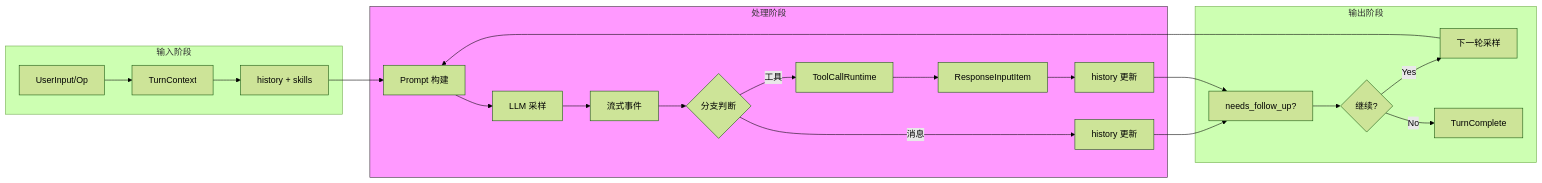
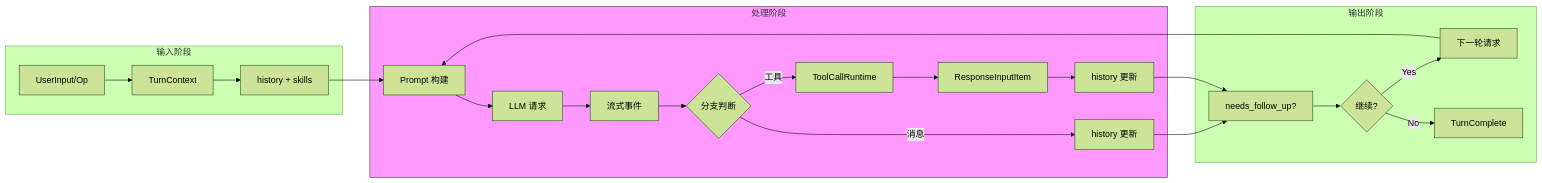
Before and after one commit to giraffe-tree/agent-base: the tenth of 12 diagrams in docs/codex/04-codex-agent-loop.md, drawn with Mermaid (forest theme). The commit also changed other lines of this file and 2 other files, not shown here.

````diff
--- a/docs/codex/04-codex-agent-loop.md
+++ b/docs/codex/04-codex-agent-loop.md
@@ -531,30 +531,30 @@
 ```mermaid
 flowchart LR
     subgraph Input["输入阶段"]
         I1[UserInput/Op] --> I2[TurnContext]
         I2 --> I3[history + skills]
     end
 
     subgraph Process["处理阶段"]
-        P1[Prompt 构建] --> P2[LLM 采样]
+        P1[Prompt 构建] --> P2[LLM 请求]
         P2 --> P3[流式事件]
         P3 --> P4{分支判断}
         P4 -->|工具| P5[ToolCallRuntime]
         P4 -->|消息| P6[history 更新]
         P5 --> P7[ResponseInputItem]
         P7 --> P8[history 更新]
     end
 
     subgraph Output["输出阶段"]
         O1[needs_follow_up?] --> O2{继续?}
-        O2 -->|Yes| O3[下一轮采样]
+        O2 -->|Yes| O3[下一轮请求]
         O2 -->|No| O4[TurnComplete]
     end
 
     I3 --> P1
     P6 --> O1
     P8 --> O1
     O3 --> P1
 
     style Process fill:#f9f,stroke:#333
 ```
````
